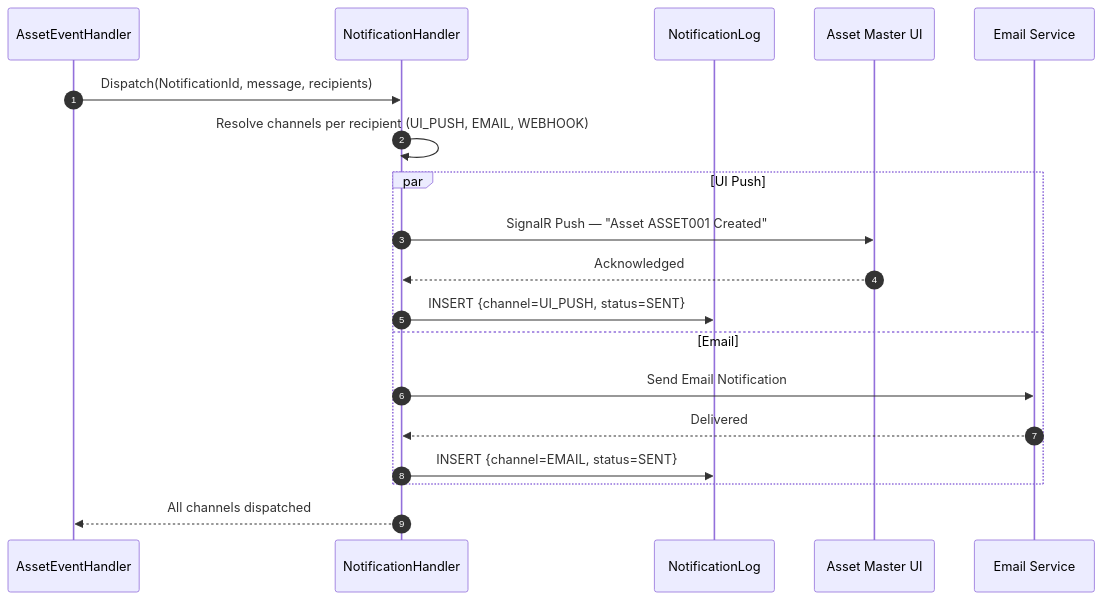
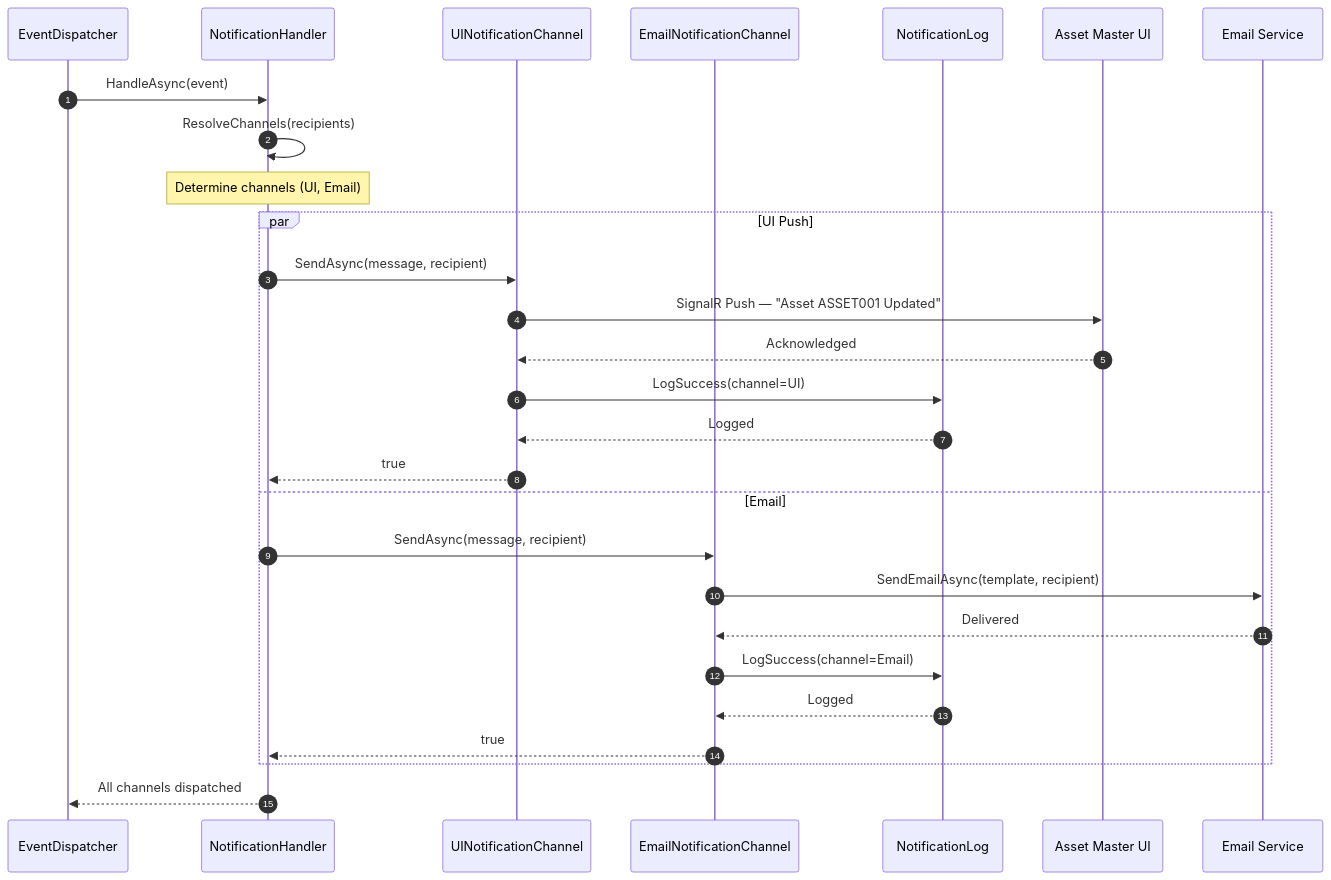
One commit to arup-ghosh-maersk/cia-lld changed the fourth of 5 diagrams in asset-management/diagrams/02_Sequence_Diagrams.md. Above: the diagram before and after it, drawn with Mermaid. The commit also changed other lines of this file, not shown here.

````diff
--- a/asset-management/diagrams/02_Sequence_Diagrams.md
+++ b/asset-management/diagrams/02_Sequence_Diagrams.md
@@ -108,24 +145,33 @@
 ```mermaid
 sequenceDiagram
     autonumber
-    participant AEH as AssetEventHandler
+    participant ED as EventDispatcher
     participant NH as NotificationHandler
+    participant SIGNALR as UINotificationChannel
+    participant EMAIL as EmailNotificationChannel
     participant NL as NotificationLog
     participant UI as Asset Master UI
-    participant EMAIL as Email Service
+    participant EMAILSVC as Email Service
 
-    AEH->>NH: Dispatch(NotificationId, message, recipients)
-    NH->>NH: Resolve channels per recipient (UI_PUSH, EMAIL, WEBHOOK)
+    ED->>NH: HandleAsync(event)
+    NH->>NH: ResolveChannels(recipients)
+    Note over NH: Determine channels (UI, Email)
 
     par UI Push
-        NH->>UI: SignalR Push — "Asset ASSET001 Created"
-        UI-->>NH: Acknowledged
-        NH->>NL: INSERT {channel=UI_PUSH, status=SENT}
+        NH->>SIGNALR: SendAsync(message, recipient)
+        SIGNALR->>UI: SignalR Push — "Asset ASSET001 Updated"
+        UI-->>SIGNALR: Acknowledged
+        SIGNALR->>NL: LogSuccess(channel=UI)
+        NL-->>SIGNALR: Logged
+        SIGNALR-->>NH: true
     and Email
-        NH->>EMAIL: Send Email Notification
-        EMAIL-->>NH: Delivered
-        NH->>NL: INSERT {channel=EMAIL, status=SENT}
+        NH->>EMAIL: SendAsync(message, recipient)
+        EMAIL->>EMAILSVC: SendEmailAsync(template, recipient)
+        EMAILSVC-->>EMAIL: Delivered
+        EMAIL->>NL: LogSuccess(channel=Email)
+        NL-->>EMAIL: Logged
+        EMAIL-->>NH: true
     end
 
-    NH-->>AEH: All channels dispatched
+    NH-->>ED: All channels dispatched
 ```
````
